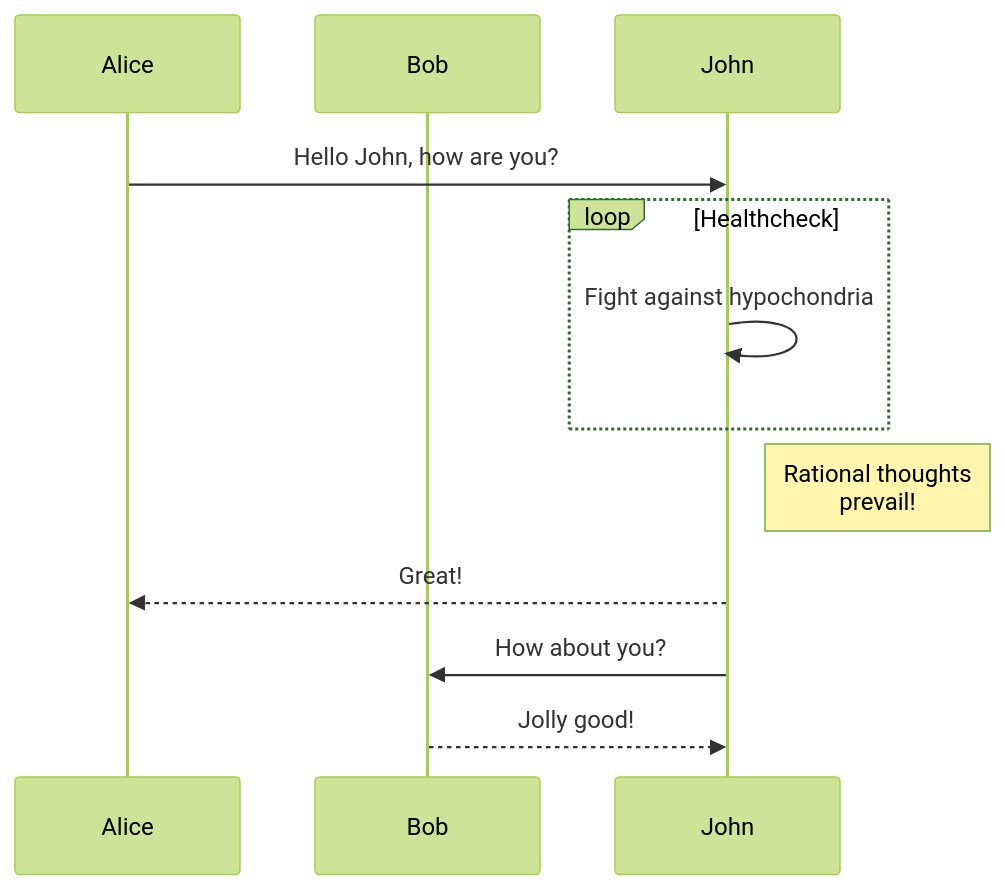
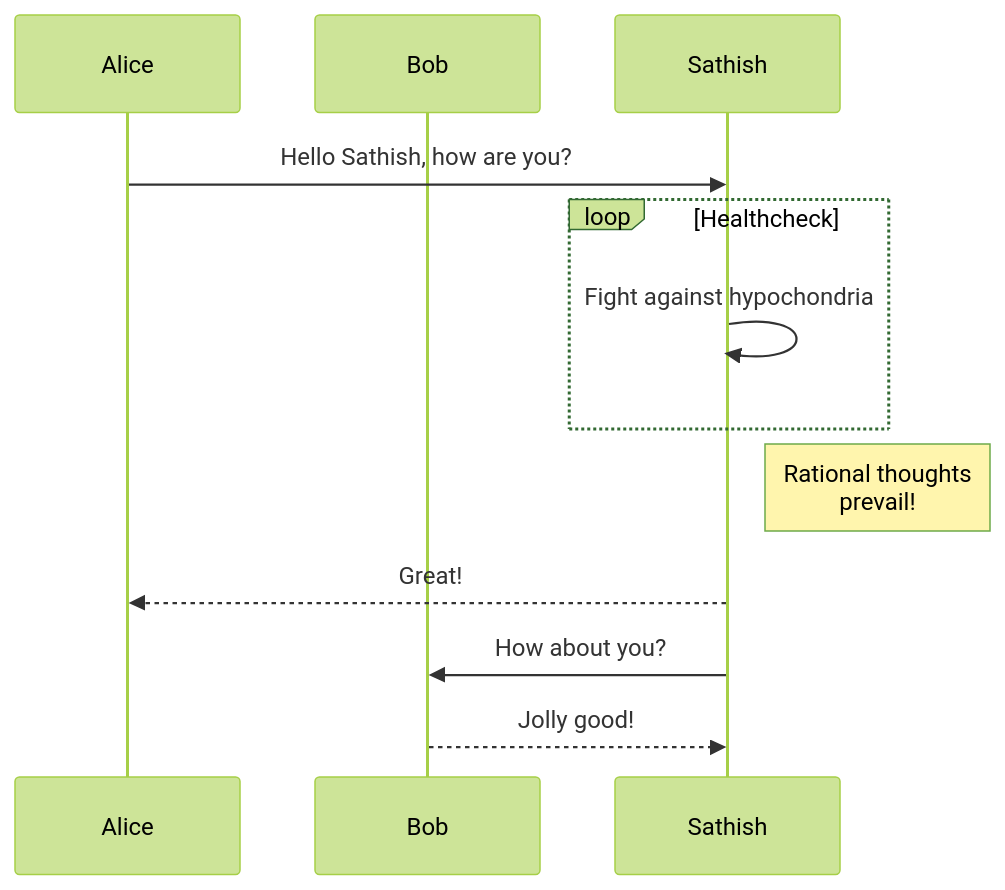
Before and after one commit to satrox28/sathish.dev: the second of 6 diagrams in content/posts/shortcodes/index.md, drawn with Mermaid (forest theme). The commit also changed 7 other files, not shown here.

```diff
--- a/content/posts/shortcodes/index.md
+++ b/content/posts/shortcodes/index.md
@@ -152,13 +152,13 @@
 {{< mermaid >}}
 sequenceDiagram
     participant Alice
     participant Bob
-    Alice->>John: Hello John, how are you?
+    Alice->>Sathish: Hello Sathish, how are you?
     loop Healthcheck
-        John->>John: Fight against hypochondria
+        Sathish->>Sathish: Fight against hypochondria
     end
-    Note right of John: Rational thoughts <br/>prevail!
-    John-->>Alice: Great!
-    John->>Bob: How about you?
-    Bob-->>John: Jolly good!
+    Note right of Sathish: Rational thoughts <br/>prevail!
+    Sathish-->>Alice: Great!
+    Sathish->>Bob: How about you?
+    Bob-->>Sathish: Jolly good!
 {{< /mermaid >}}
```
